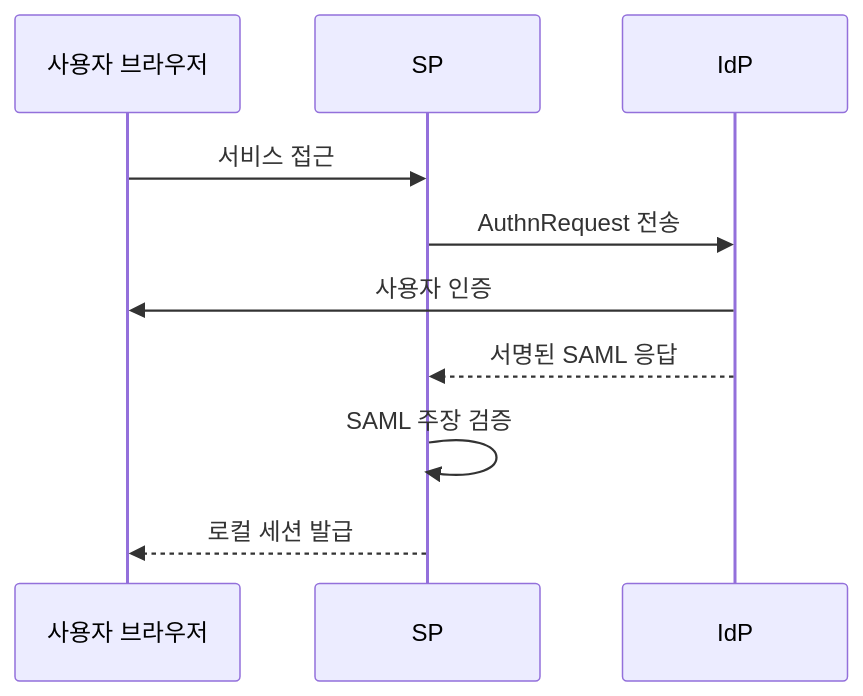
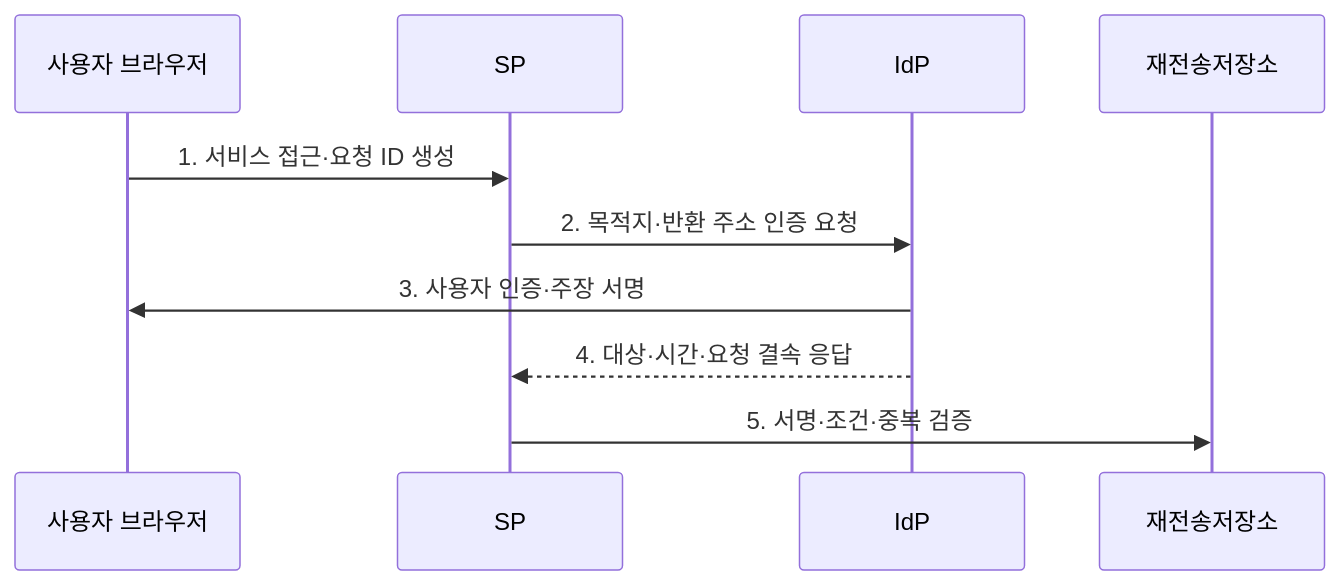
The second of 2 diagrams in src/content/docs/notes/05-security/058_saml.md (agnusdei1207/knowledge-base), drawn with Mermaid before and after one commit. The commit also changed other lines of this file and 11 other files, not shown here.

````diff
--- a/src/content/docs/notes/05-security/058_saml.md
+++ b/src/content/docs/notes/05-security/058_saml.md
@@ -82,12 +84,12 @@
 ```mermaid
 sequenceDiagram
     participant U as 사용자 브라우저
     participant S as SP
     participant I as IdP
-    U->>S: 서비스 접근
-    S->>I: AuthnRequest 전송
-    I->>U: 사용자 인증
-    I-->>S: 서명된 SAML 응답
-    S->>S: SAML 주장 검증
-    S-->>U: 로컬 세션 발급
+    participant 재전송저장소
+    U->>S: 1. 서비스 접근·요청 ID 생성
+    S->>I: 2. 목적지·반환 주소 인증 요청
+    I->>U: 3. 사용자 인증·주장 서명
+    I-->>S: 4. 대상·시간·요청 결속 응답
+    S->>재전송저장소: 5. 서명·조건·중복 검증
 ```
````
